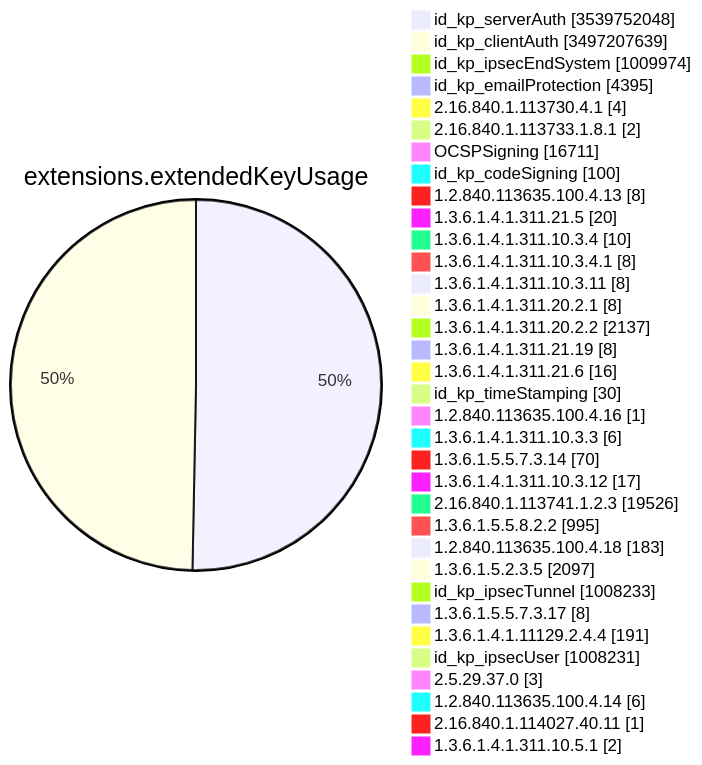
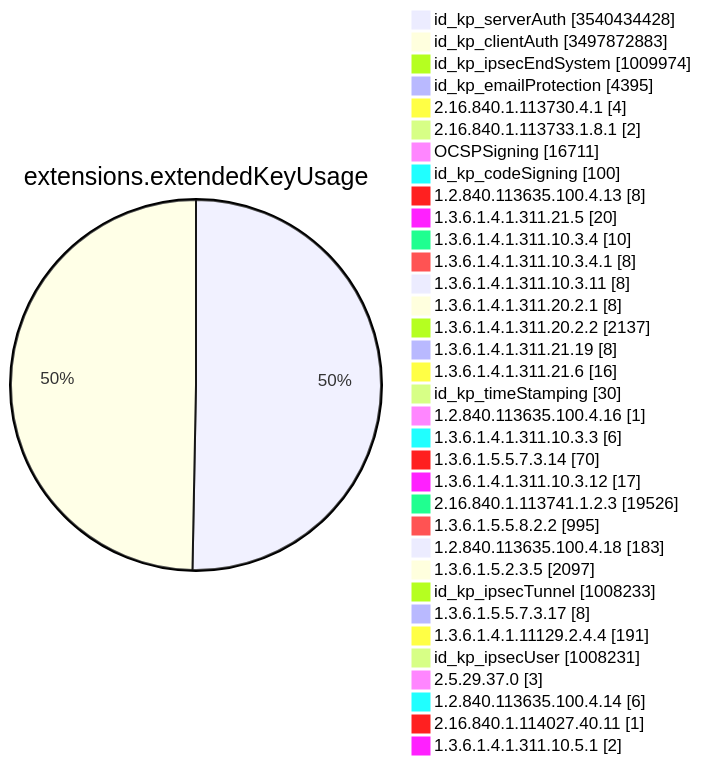
Before and after one commit to christiankrug/ctmonitor_visualization: diagram 11 of 15 in TOTAL/README.md, drawn with Mermaid. The commit also changed other lines of this file, not shown here.

````diff
--- a/TOTAL/README.md
+++ b/TOTAL/README.md
@@ -4127,38 +4127,38 @@
 ```mermaid
 pie showData
 title extensions.extendedKeyUsage
-"id_kp_serverAuth" :3539752048
-"id_kp_clientAuth" :3497207639
+"id_kp_serverAuth" :3540434428
+"id_kp_clientAuth" :3497872883
 "id_kp_ipsecEndSystem" :1009974
 "id_kp_emailProtection" :4395
 "2.16.840.1.113730.4.1" :4
 "2.16.840.1.113733.1.8.1" :2
 "OCSPSigning" :16711
 "id_kp_codeSigning" :100
 "1.2.840.113635.100.4.13" :8
 "1.3.6.1.4.1.311.21.5" :20
 "1.3.6.1.4.1.311.10.3.4" :10
 "1.3.6.1.4.1.311.10.3.4.1" :8
 "1.3.6.1.4.1.311.10.3.11" :8
 "1.3.6.1.4.1.311.20.2.1" :8
 "1.3.6.1.4.1.311.20.2.2" :2137
 "1.3.6.1.4.1.311.21.19" :8
 "1.3.6.1.4.1.311.21.6" :16
 "id_kp_timeStamping" :30
 "1.2.840.113635.100.4.16" :1
 "1.3.6.1.4.1.311.10.3.3" :6
 "1.3.6.1.5.5.7.3.14" :70
 "1.3.6.1.4.1.311.10.3.12" :17
 "2.16.840.1.113741.1.2.3" :19526
 "1.3.6.1.5.5.8.2.2" :995
 "1.2.840.113635.100.4.18" :183
 "1.3.6.1.5.2.3.5" :2097
 "id_kp_ipsecTunnel" :1008233
 "1.3.6.1.5.5.7.3.17" :8
 "1.3.6.1.4.1.11129.2.4.4" :191
 "id_kp_ipsecUser" :1008231
 "2.5.29.37.0" :3
 "1.2.840.113635.100.4.14" :6
 "2.16.840.1.114027.40.11" :1
 "1.3.6.1.4.1.311.10.5.1" :2
 ```
````
